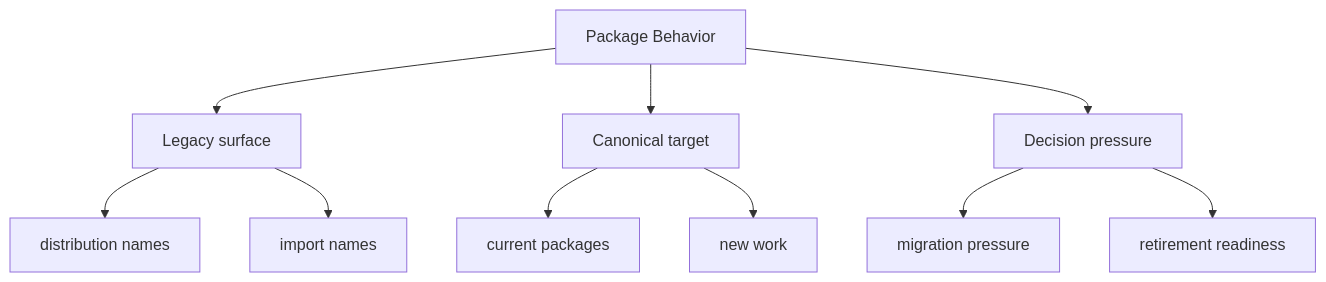
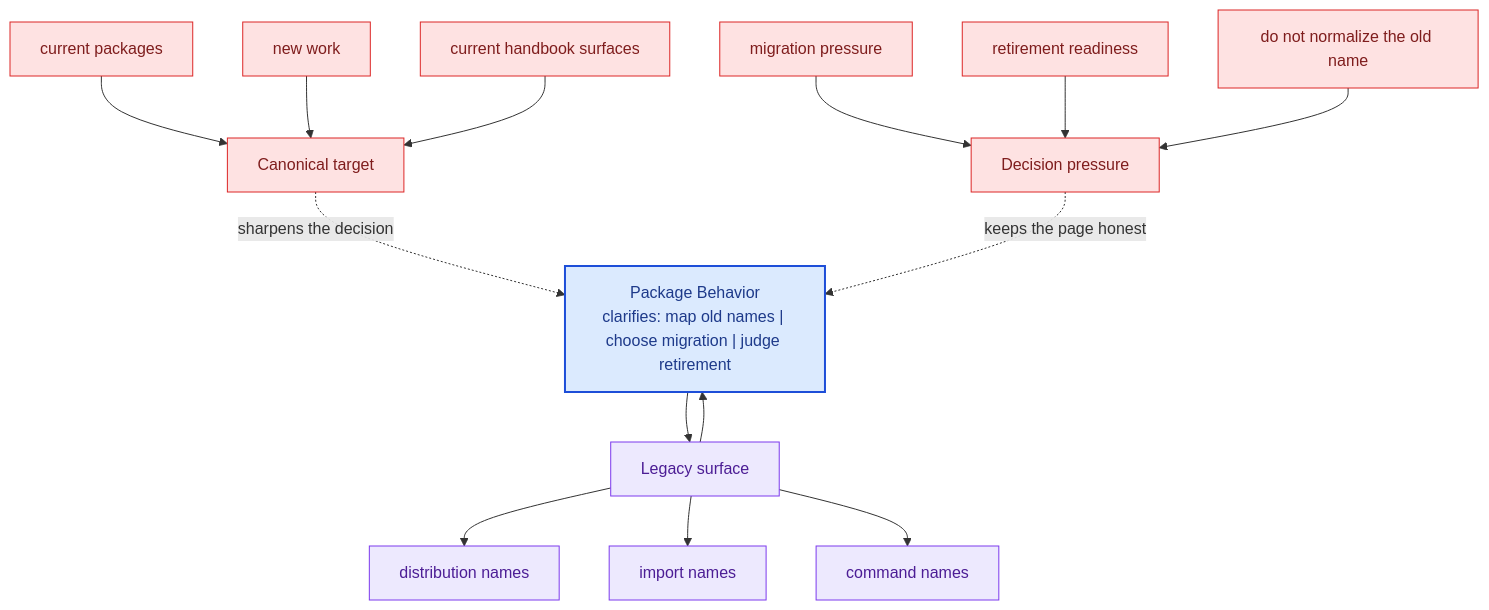
The second of 2 diagrams in docs/compat-packages/package-behavior.md (bijux/bijux-canon), drawn with Mermaid before and after one commit. The commit also changed other lines of this file and 281 other files, not shown here.

Commit message:
docs(diagrams): deepen handbook mermaid maps across the catalog

````diff
--- a/docs/compat-packages/package-behavior.md
+++ b/docs/compat-packages/package-behavior.md
@@ -35,22 +68,40 @@
 ```mermaid
-flowchart TD
-    page["Package Behavior"]
+flowchart TB
+    promise["Package Behavior<br/>clarifies: map old names | choose migration | judge retirement"]
+    classDef promise fill:#dbeafe,stroke:#1d4ed8,color:#1e3a8a,stroke-width:2px;
+    classDef driver fill:#dcfce7,stroke:#16a34a,color:#14532d;
+    classDef constraint fill:#fee2e2,stroke:#dc2626,color:#7f1d1d;
+    classDef ground fill:#ede9fe,stroke:#7c3aed,color:#4c1d95;
     focus1["Legacy surface"]
-    page --> focus1
+    focus1 --> promise
+    promise --> focus1
     focus1_1["distribution names"]
     focus1 --> focus1_1
     focus1_2["import names"]
     focus1 --> focus1_2
+    focus1_3["command names"]
+    focus1 --> focus1_3
+    class focus1 ground;
+    class focus1_1,focus1_2,focus1_3 ground;
     focus2["Canonical target"]
-    page --> focus2
+    focus2 -.sharpens the decision.-> promise
     focus2_1["current packages"]
-    focus2 --> focus2_1
+    focus2_1 --> focus2
     focus2_2["new work"]
-    focus2 --> focus2_2
+    focus2_2 --> focus2
+    focus2_3["current handbook surfaces"]
+    focus2_3 --> focus2
+    class focus2 constraint;
+    class focus2_1,focus2_2,focus2_3 constraint;
     focus3["Decision pressure"]
-    page --> focus3
+    focus3 -.keeps the page honest.-> promise
     focus3_1["migration pressure"]
-    focus3 --> focus3_1
+    focus3_1 --> focus3
     focus3_2["retirement readiness"]
-    focus3 --> focus3_2
+    focus3_2 --> focus3
+    focus3_3["do not normalize the old name"]
+    focus3_3 --> focus3
+    class focus3 constraint;
+    class focus3_1,focus3_2,focus3_3 constraint;
+    class promise promise;
 ```
````
